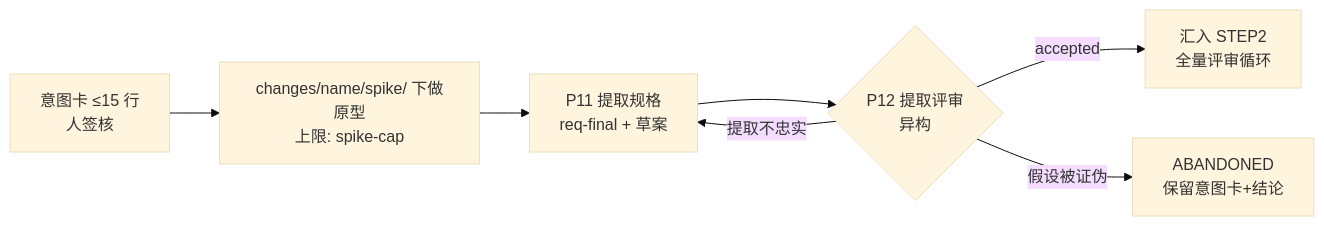
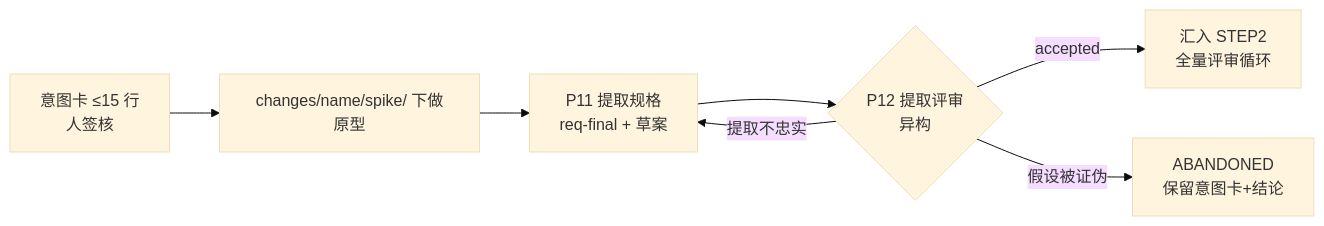
One commit to Apriorhythm/apriori-spec-development changed the first of 2 diagrams in docs/concepts_cn.md. Above: the diagram before and after it, drawn with Mermaid (base theme). The commit also changed other lines of this file and 9 other files, not shown here.

````diff
--- a/docs/concepts_cn.md
+++ b/docs/concepts_cn.md
@@ -264,9 +264,9 @@
 ```mermaid
 graph LR
-    IC[意图卡 ≤15 行<br/>人签核] --> SP[changes/name/spike/ 下做原型<br/>上限: spike-cap]
+    IC[意图卡 ≤15 行<br/>人签核] --> SP[changes/name/spike/ 下做原型]
     SP --> P11[P11 提取规格<br/>req-final + 草案]
     P11 --> P12{P12 提取评审<br/>异构}
     P12 -- accepted --> S2[汇入 STEP2<br/>全量评审循环]
     P12 -- 提取不忠实 --> P11
     P12 -- 假设被证伪 --> AB[ABANDONED<br/>保留意图卡+结论]
 ```
````
